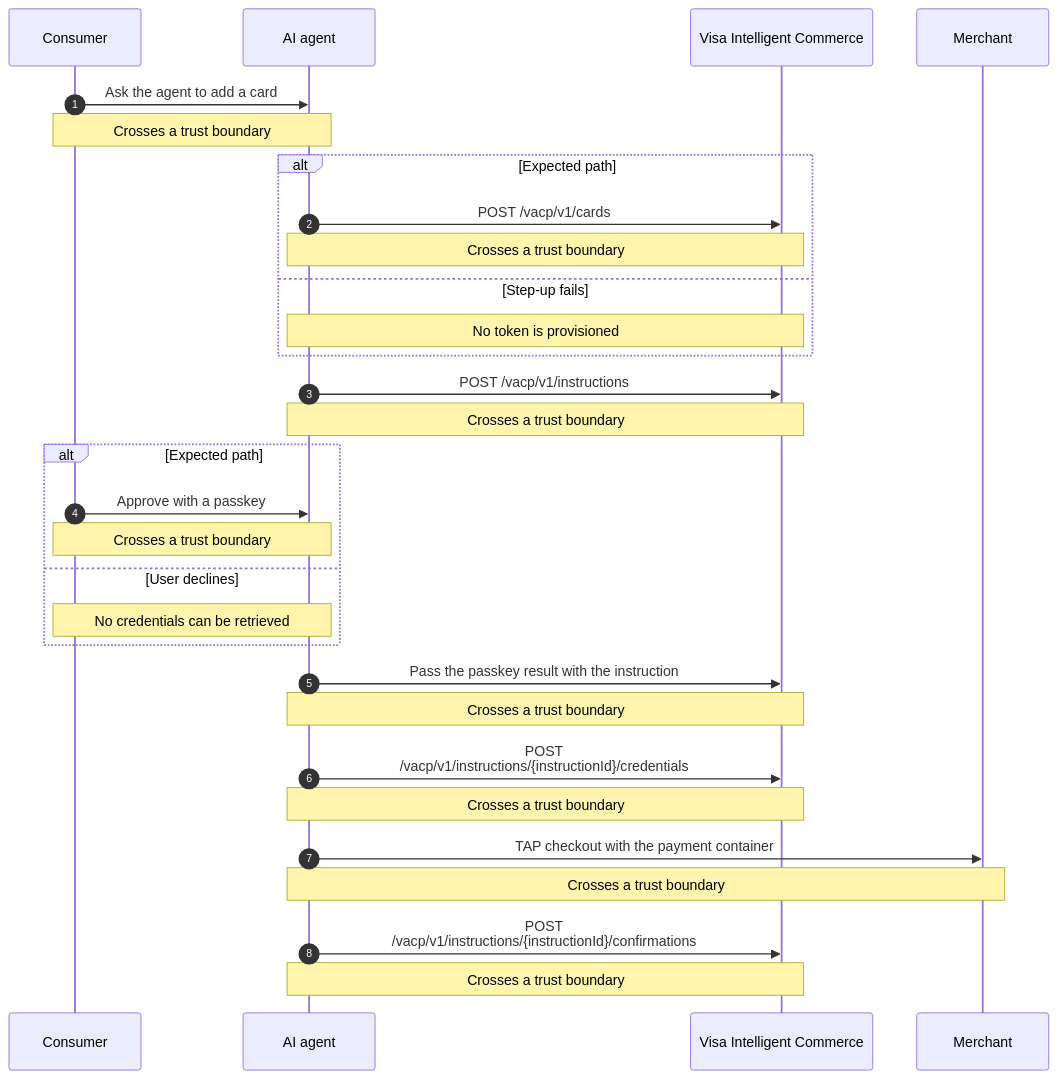
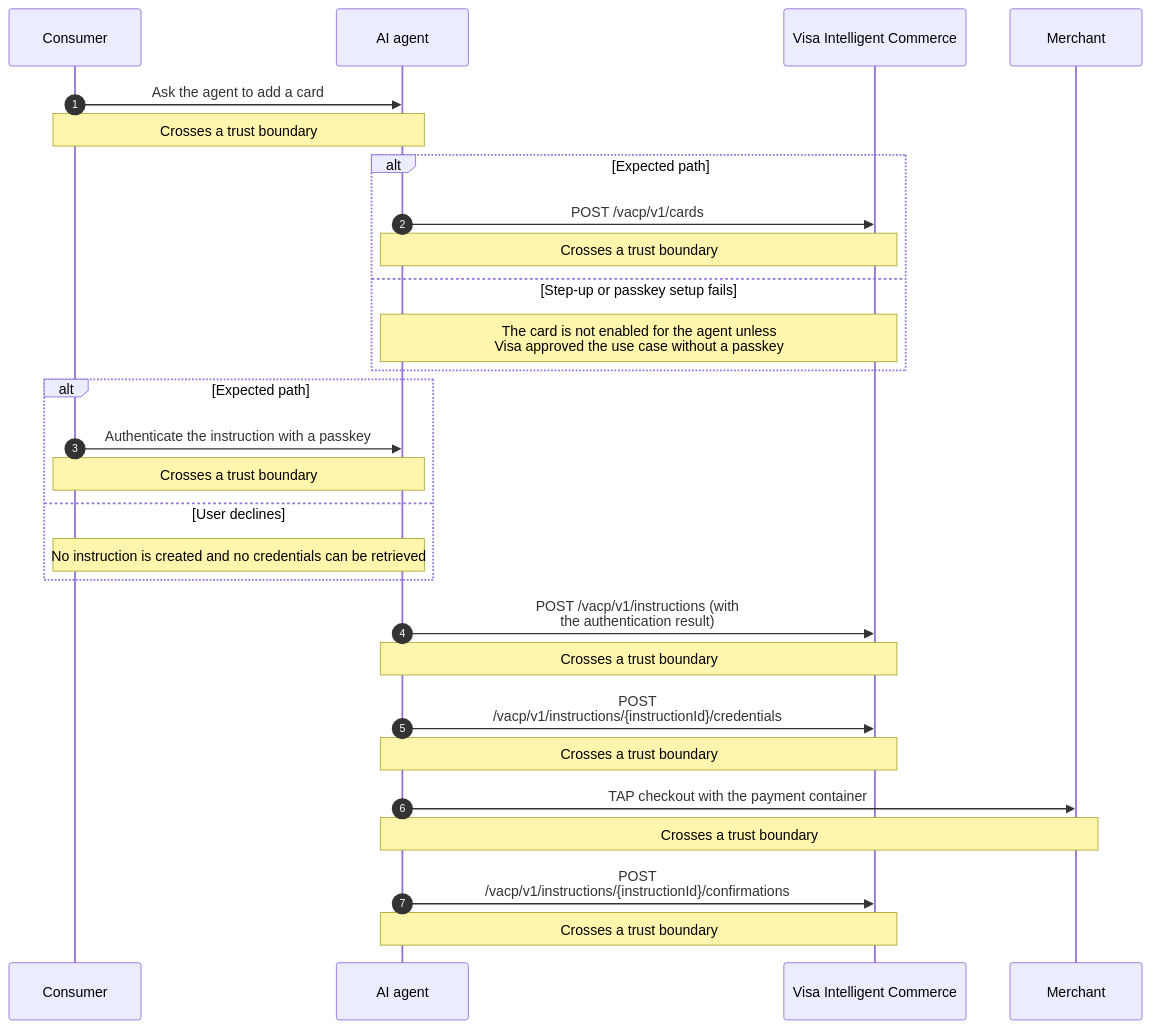
Before and after one commit to mercesAI/agentic-rails-atlas: the diagram in src/generated/mermaid/visa-tap-vic-token-passkey.mmd, drawn with Mermaid. The commit also changed 107 other files, not shown here.

```diff
--- a/src/generated/mermaid/visa-tap-vic-token-passkey.mmd
+++ b/src/generated/mermaid/visa-tap-vic-token-passkey.mmd
@@ -1,32 +1,30 @@
 sequenceDiagram
   accTitle: Visa Intelligent Commerce link: token, passkey and instruction behind a TAP checkout
-  accDescr: Sequence diagram: Visa Intelligent Commerce link: token, passkey and instruction behind a TAP checkout. 4 participants: Consumer, AI agent, Visa Intelligent Commerce, and Merchant. 8 steps, 8 crossing a trust boundary, 2 failure branches. Based on visa-tap TAP spec, unversioned (read 2026-10-11) (2025-10-14). Step 1: Consumer to AI agent: Ask the agent to add a card. This step crosses a trust boundary. Step 2: AI agent to Visa Intelligent Commerce: POST /vacp/v1/cards. This step crosses a trust boundary. If Step-up fails: No token is provisioned. Step 3: AI agent to Visa Intelligent Commerce: POST /vacp/v1/instructions. This step crosses a trust boundary. Step 4: Consumer to AI agent: Approve with a passkey. This step crosses a trust boundary. If User declines: No credentials can be retrieved. Step 5: AI agent to Visa Intelligent Commerce: Pass the passkey result with the instruction. This step crosses a trust boundary. Step 6: AI agent to Visa Intelligent Commerce: POST /vacp/v1/instructions/ instructionId /credentials. This step crosses a trust boundary. Step 7: AI agent to Merchant: TAP checkout with the payment container. This step crosses a trust boundary. Step 8: AI agent to Visa Intelligent Commerce: POST /vacp/v1/instructions/ instructionId /confirmations. This step crosses a trust boundary.
+  accDescr: Sequence diagram: Visa Intelligent Commerce link: token, passkey and instruction behind a TAP checkout. 4 participants: Consumer, AI agent, Visa Intelligent Commerce, and Merchant. 7 steps, 7 crossing a trust boundary, 2 failure branches. Based on visa-tap TAP spec, unversioned (read 2026-10-11, rechecked 2026-10-19) VIC API client in visa/ai (2026-09-30) (2025-10-14). Step 1: Consumer to AI agent: Ask the agent to add a card. This step crosses a trust boundary. Step 2: AI agent to Visa Intelligent Commerce: POST /vacp/v1/cards. This step crosses a trust boundary. If Step-up or passkey setup fails: The card is not enabled for the agent unless Visa approved the use case without a passkey. Step 3: Consumer to AI agent: Authenticate the instruction with a passkey. This step crosses a trust boundary. If User declines: No instruction is created and no credentials can be retrieved. Step 4: AI agent to Visa Intelligent Commerce: POST /vacp/v1/instructions (with the authentication result). This step crosses a trust boundary. Step 5: AI agent to Visa Intelligent Commerce: POST /vacp/v1/instructions/ instructionId /credentials. This step crosses a trust boundary. Step 6: AI agent to Merchant: TAP checkout with the payment container. This step crosses a trust boundary. Step 7: AI agent to Visa Intelligent Commerce: POST /vacp/v1/instructions/ instructionId /confirmations. This step crosses a trust boundary.
   autonumber
   participant p_user as Consumer
   participant p_agent as AI agent
   participant p_vic as Visa Intelligent Commerce
   participant p_merchant as Merchant
   p_user->>p_agent: Ask the agent to add a card
   Note over p_user,p_agent: Crosses a trust boundary
   alt Expected path
     p_agent->>p_vic: POST /vacp/v1/cards
     Note over p_agent,p_vic: Crosses a trust boundary
-  else Step-up fails
-    Note over p_agent,p_vic: No token is provisioned
+  else Step-up or passkey setup fails
+    Note over p_agent,p_vic: The card is not enabled for the agent unless<br/>Visa approved the use case without a passkey
   end
-  p_agent->>p_vic: POST /vacp/v1/instructions
-  Note over p_agent,p_vic: Crosses a trust boundary
   alt Expected path
-    p_user->>p_agent: Approve with a passkey
+    p_user->>p_agent: Authenticate the instruction with a passkey
     Note over p_user,p_agent: Crosses a trust boundary
   else User declines
-    Note over p_user,p_agent: No credentials can be retrieved
+    Note over p_user,p_agent: No instruction is created and no credentials can be retrieved
   end
-  p_agent->>p_vic: Pass the passkey result with the instruction
+  p_agent->>p_vic: POST /vacp/v1/instructions (with<br/>the authentication result)
   Note over p_agent,p_vic: Crosses a trust boundary
   p_agent->>p_vic: POST<br/>/vacp/v1/instructions/#123;instructionId#125;/credentials
   Note over p_agent,p_vic: Crosses a trust boundary
   p_agent->>p_merchant: TAP checkout with the payment container
   Note over p_agent,p_merchant: Crosses a trust boundary
   p_agent->>p_vic: POST<br/>/vacp/v1/instructions/#123;instructionId#125;/confirmations
   Note over p_agent,p_vic: Crosses a trust boundary
```
